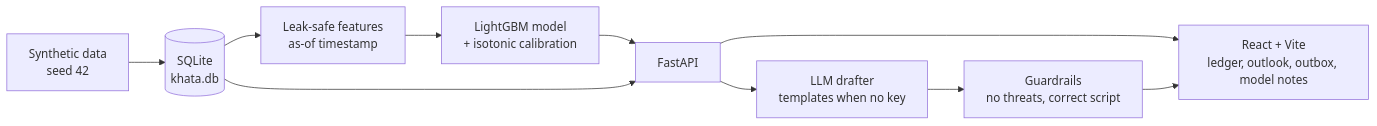
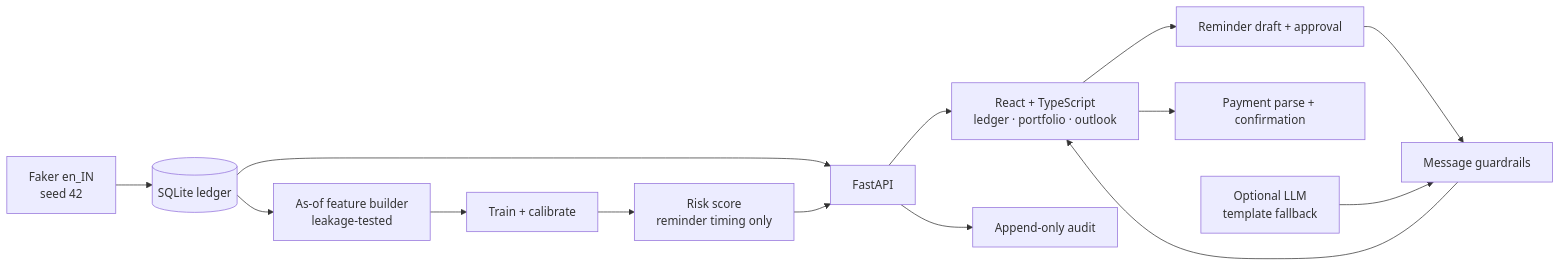
One commit to agniv-dutta/TenantEase changed the diagram in README.md. Above: the diagram before and after it, drawn with Mermaid. The commit also changed other lines of this file and 30 other files, not shown here.

First line of the commit message:
feat: add payment parsing and confirmation features

````diff
--- a/README.md
+++ b/README.md
@@ -19,12 +30,16 @@
 ```mermaid
 flowchart LR
-  synth["Synthetic data<br/>seed 42"] --> db[("SQLite<br/>khata.db")]
-  db --> features["Leak-safe features<br/>as-of timestamp"]
-  features --> model["LightGBM model<br/>+ isotonic calibration"]
-  model --> api["FastAPI"]
-  db --> api
-  api --> web["React + Vite<br/>ledger, outlook, outbox, model notes"]
-  api --> llm["LLM drafter<br/>templates when no key"]
-  llm --> guardrails["Guardrails<br/>no threats, correct script"]
-  guardrails --> web
+  seed["Faker en_IN<br/>seed 42"] --> db[("SQLite ledger")]
+  db --> feat["As-of feature builder<br/>leakage-tested"]
+  feat --> train["Train + calibrate"]
+  train --> model["Risk score<br/>reminder timing only"]
+  db --> api["FastAPI"]
+  model --> api
+  api --> ui["React + TypeScript<br/>ledger · portfolio · outlook"]
+  ui --> rem["Reminder draft + approval"]
+  rem --> guard["Message guardrails"]
+  ui --> pay["Payment parse + confirmation"]
+  api --> audit["Append-only audit"]
+  llm["Optional LLM<br/>template fallback"] --> guard
+  guard --> ui
 ```
````
